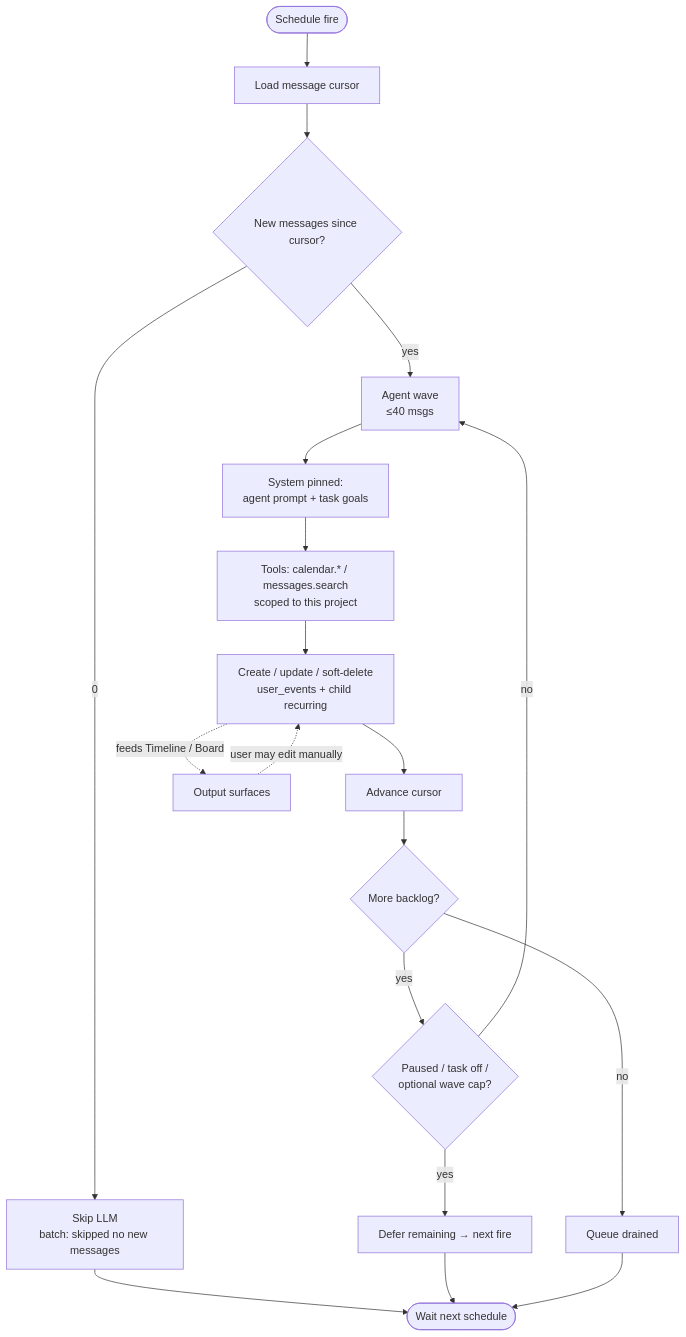
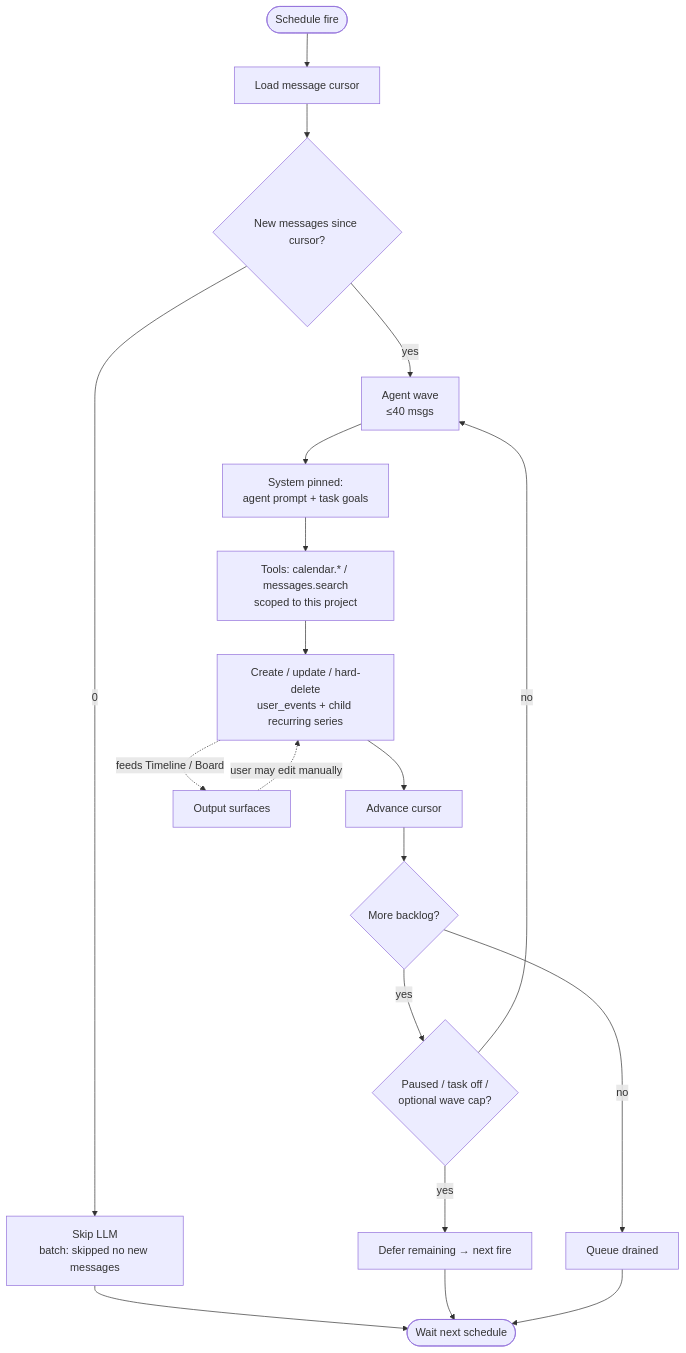
The fourth of 4 diagrams in docs/diagrams/README.md (Wing9897/im), drawn with Mermaid before and after one commit. The commit also changed 274 other files, not shown here.

````diff
--- a/docs/diagrams/README.md
+++ b/docs/diagrams/README.md
@@ -115,22 +115,22 @@
 ```mermaid
 flowchart TB
   FIRE([Schedule fire]) --> CUR[Load message cursor]
   CUR --> Q{New messages since cursor?}
   Q -->|0| SKIP[Skip LLM<br/>batch: skipped no new messages]
   SKIP --> NEXT([Wait next schedule])
   Q -->|yes| WAVE[Agent wave<br/>≤40 msgs]
   WAVE --> SYS[System pinned:<br/>agent prompt + task goals]
   SYS --> TOOLS[Tools: calendar.* / messages.search<br/>scoped to this project]
-  TOOLS --> WRITE[Create / update / soft-delete<br/>user_events + child recurring]
+  TOOLS --> WRITE[Create / update / hard-delete<br/>user_events + child recurring series]
   WRITE --> ADV[Advance cursor]
   ADV --> MORE{More backlog?}
   MORE -->|yes| STOP{Paused / task off /<br/>optional wave cap?}
   STOP -->|no| WAVE
   STOP -->|yes| DEFER[Defer remaining → next fire]
   MORE -->|no| DRAINED[Queue drained]
   DEFER --> NEXT
   DRAINED --> NEXT
 
   WRITE -.->|"feeds Timeline / Board"| OUT[Output surfaces]
   OUT -.->|"user may edit manually"| WRITE
 ```
````
